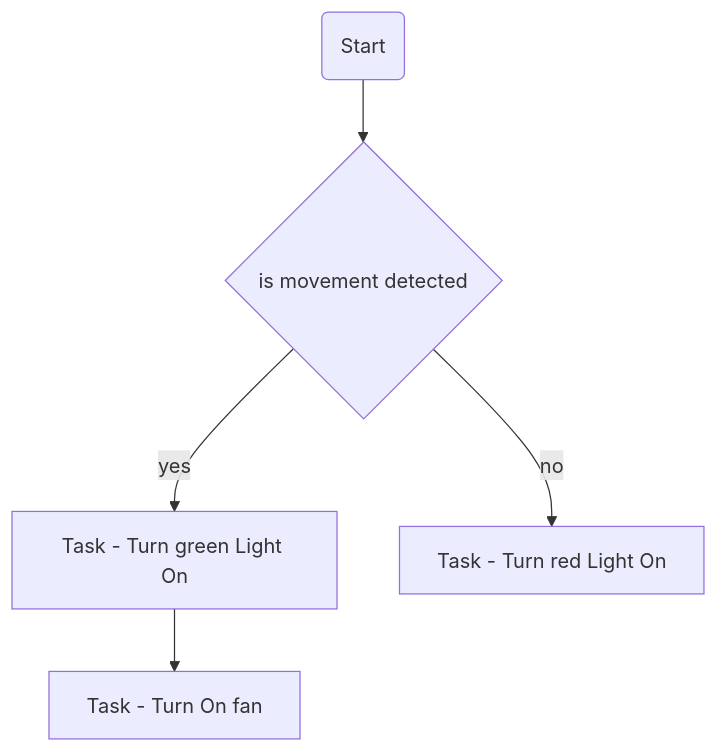
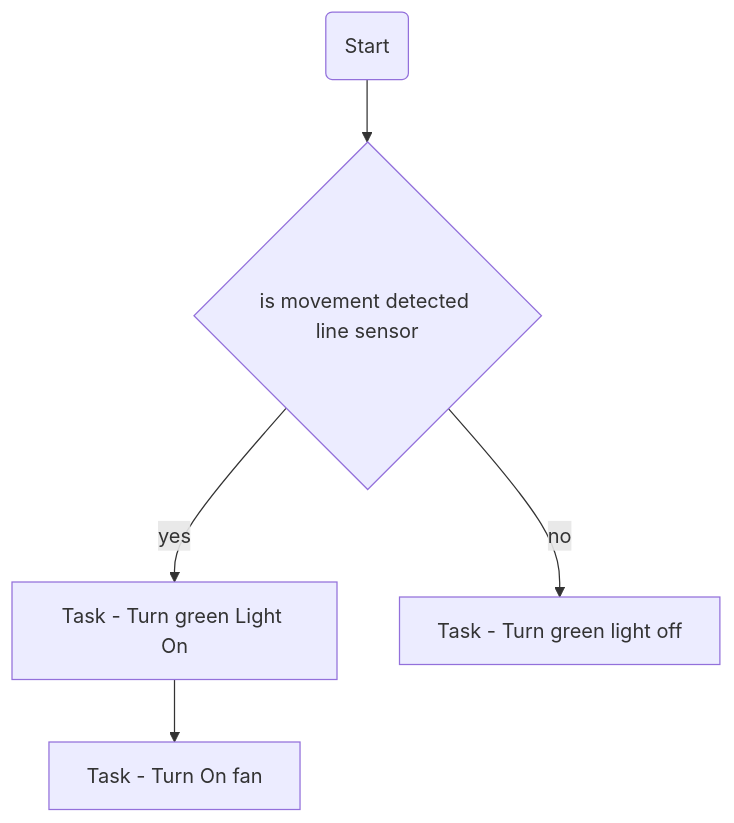
The third of 3 diagrams in logic.md (Lake-Tuggeranong-College/2023S1-Robotics-LS-SmartToy23), drawn with Mermaid before and after one commit. The commit also changed other lines of this file and 3 other files, not shown here.

````diff
--- a/logic.md
+++ b/logic.md
@@ -29,9 +28,10 @@
 ```mermaid
 flowchart TD
-S(Start) --> Visual{is movement detected}
-Visual -->|yes| green[Task - Turn green Light On ]
-Visual -->|no| red[Task - Turn red Light On ]
+S(Start) --> Visual{is movement detected line sensor}
+Visual -->|yes| green[Task - Turn green Light On]
 green --> wave[Task - Turn On fan]
+Visual -->|no| red[Task - Turn green light off]
+
 
 
 ```
````
